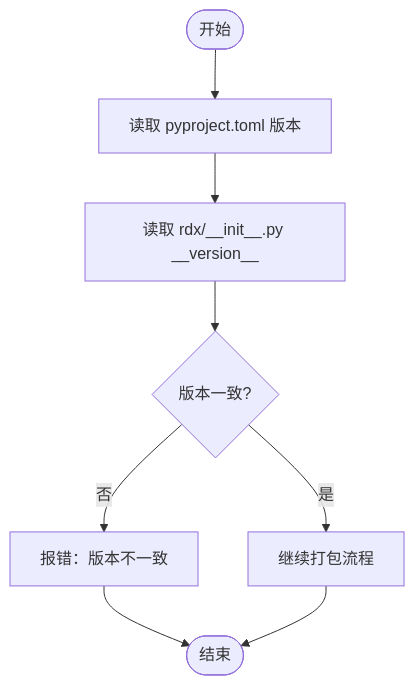
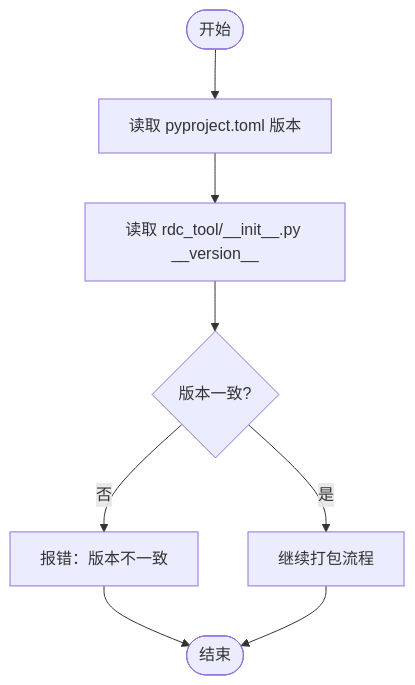
Before and after one commit to haolange/RDC-Tool: the third of 5 diagrams in .qoder/repowiki/zh/content/部署和发布/版本管理.md, drawn with Mermaid. The commit also changed other lines of this file and 388 other files, not shown here.

First line of the commit message:
Release RDC-Tool identity and public maintenance surface

````diff
--- a/.qoder/repowiki/zh/content/部署和发布/版本管理.md
+++ b/.qoder/repowiki/zh/content/部署和发布/版本管理.md
@@ -145,10 +145,10 @@
 ```mermaid
 flowchart TD
 Start(["开始"]) --> ReadPyproj["读取 pyproject.toml 版本"]
-ReadPyproj --> ReadInit["读取 rdx/__init__.py __version__"]
+ReadPyproj --> ReadInit["读取 rdc_tool/__init__.py __version__"]
 ReadInit --> Compare{"版本一致?"}
 Compare --> |否| Fail["报错：版本不一致"]
 Compare --> |是| Continue["继续打包流程"]
 Fail --> End(["结束"])
 Continue --> End
 ```
````
